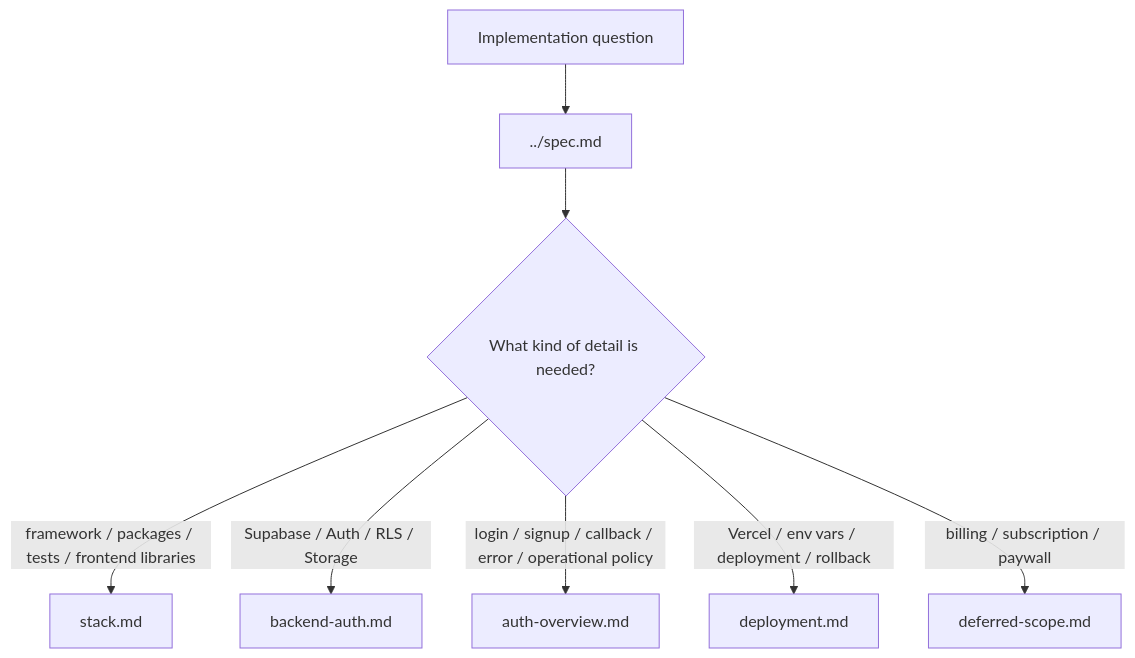
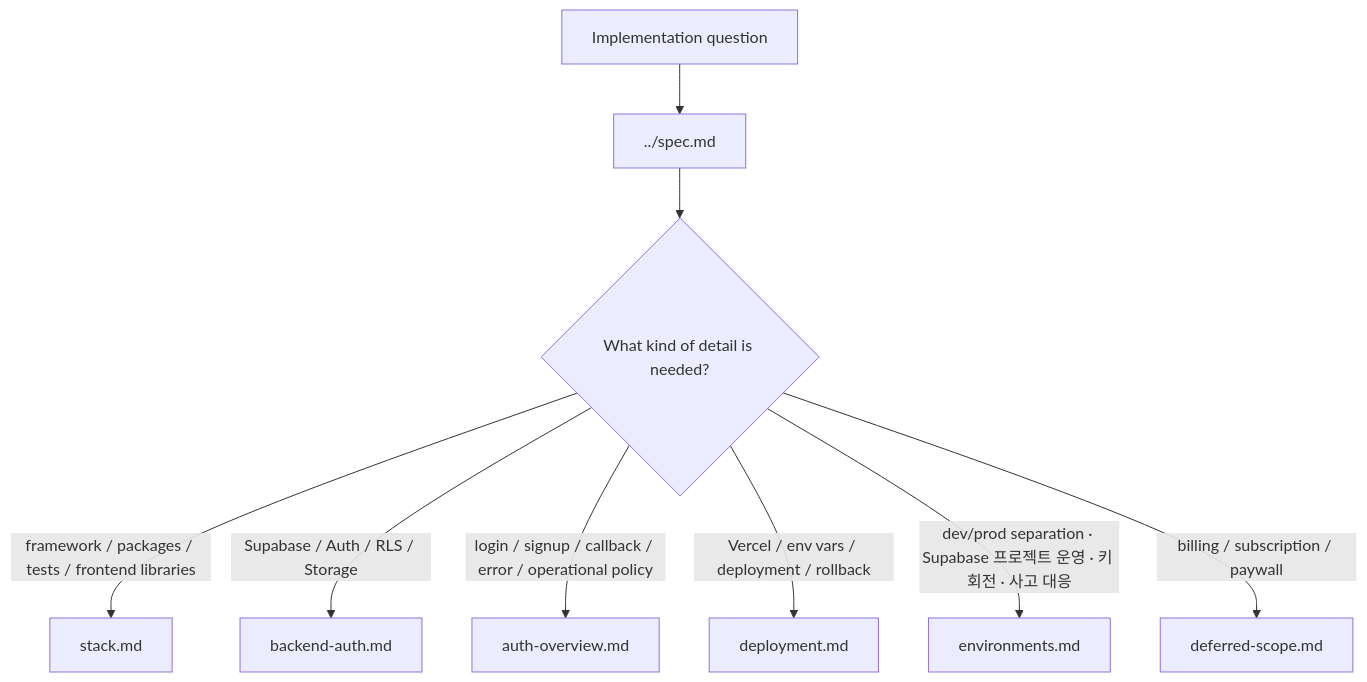
Before and after one commit to blackstarzck/topik-project-v13: the diagram in docs/development/README.md, drawn with Mermaid. The commit also changed other lines of this file and 4 other files, not shown here.

First line of the commit message:
chore(env): clarify Local/Preview/Production separation + audit-setup gitignore policy

````diff
--- a/docs/development/README.md
+++ b/docs/development/README.md
@@ -11,10 +11,11 @@
 ```mermaid
 flowchart TD
     A["Implementation question"] --> B["../spec.md"]
     B --> C{"What kind of detail is needed?"}
     C -->|"framework / packages / tests / frontend libraries"| D["stack.md"]
     C -->|"Supabase / Auth / RLS / Storage"| E["backend-auth.md"]
     C -->|"login / signup / callback / error / operational policy"| AO["auth-overview.md"]
     C -->|"Vercel / env vars / deployment / rollback"| G["deployment.md"]
+    C -->|"dev/prod separation · Supabase 프로젝트 운영 · 키 회전 · 사고 대응"| ENV["environments.md"]
     C -->|"billing / subscription / paywall"| H["deferred-scope.md"]
 ```
````
